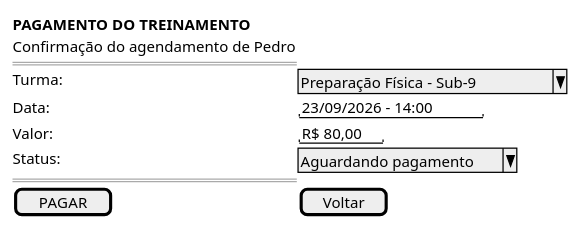
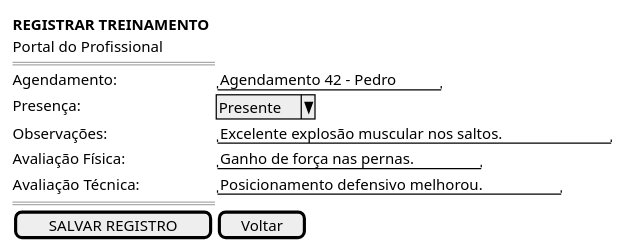
The seventh of 7 diagrams in docs/Iniciacao/prototipo_baixa_fidelidade.md (Projetos-de-Extensao/PBE_26.2_8002_II), drawn with PlantUML before and after one commit. The commit also changed other lines of this file and 8 other files, not shown here.

````diff
--- a/docs/Iniciacao/prototipo_baixa_fidelidade.md
+++ b/docs/Iniciacao/prototipo_baixa_fidelidade.md
@@ -247,15 +179,16 @@
 ```plantuml
 @startsalt
 {
-  <b>PAGAMENTO DO TREINAMENTO
-  Confirmação do agendamento de Pedro
+  <b>REGISTRAR TREINAMENTO
+  Portal do Profissional
   ==
-  Turma: | ^Preparação Física - Sub-9^
-  Data:  | "23/09/2026 - 14:00"
-  Valor: | "R$ 80,00"
-  Status:| ^Aguardando pagamento^
+  Agendamento:        | "Agendamento 42 - Pedro"
+  Presença:           | ^Presente^
+  Observações:        | "Excelente explosão muscular nos saltos."
+  Avaliação Física:   | "Ganho de força nas pernas."
+  Avaliação Técnica:  | "Posicionamento defensivo melhorou."
   ==
-  [  PAGAR  ] | [ Voltar ]
+  [  SALVAR REGISTRO  ] | [ Voltar ]
 }
 @endsalt
 ```
````
